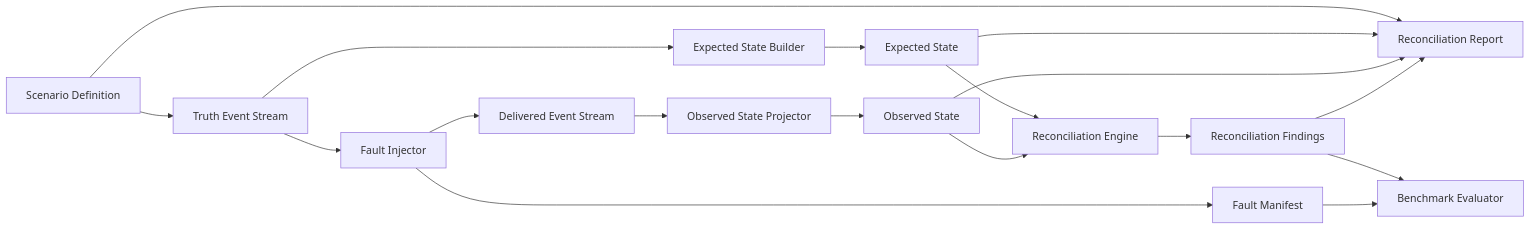
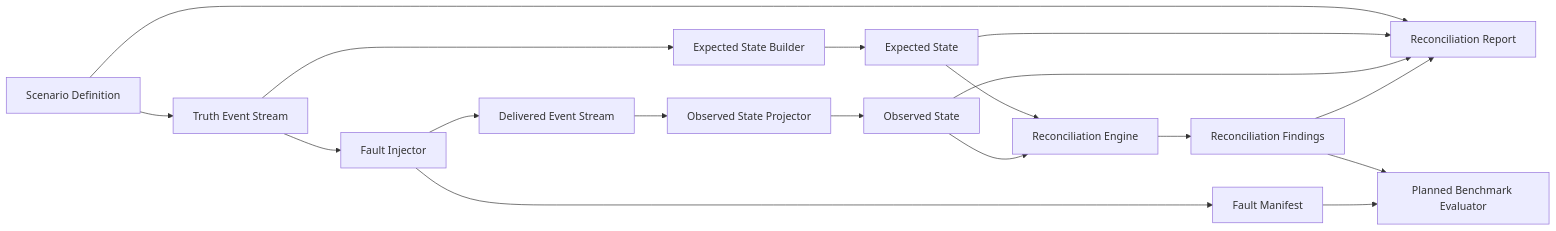
Before and after one commit to fuatn1/fin-recon-lab: the first of 2 diagrams in docs/ARCHITECTURE.md, drawn with Mermaid. The commit also changed other lines of this file and 9 other files, not shown here.

Commit message:
docs: define operational reconciliation roadmap

````diff
--- a/docs/ARCHITECTURE.md
+++ b/docs/ARCHITECTURE.md
@@ -65,20 +49,20 @@
 ```mermaid
 flowchart LR
     A[Scenario Definition] --> B[Truth Event Stream]
     B --> C[Expected State Builder]
     C --> D[Expected State]
     B --> E[Fault Injector]
     E --> F[Delivered Event Stream]
     F --> G[Observed State Projector]
     G --> H[Observed State]
     D --> I[Reconciliation Engine]
     H --> I
     I --> J[Reconciliation Findings]
     A --> M[Reconciliation Report]
     D --> M
     H --> M
     J --> M
     E --> K[Fault Manifest]
-    J --> L[Benchmark Evaluator]
+    J --> L[Planned Benchmark Evaluator]
     K --> L
 ```
````
